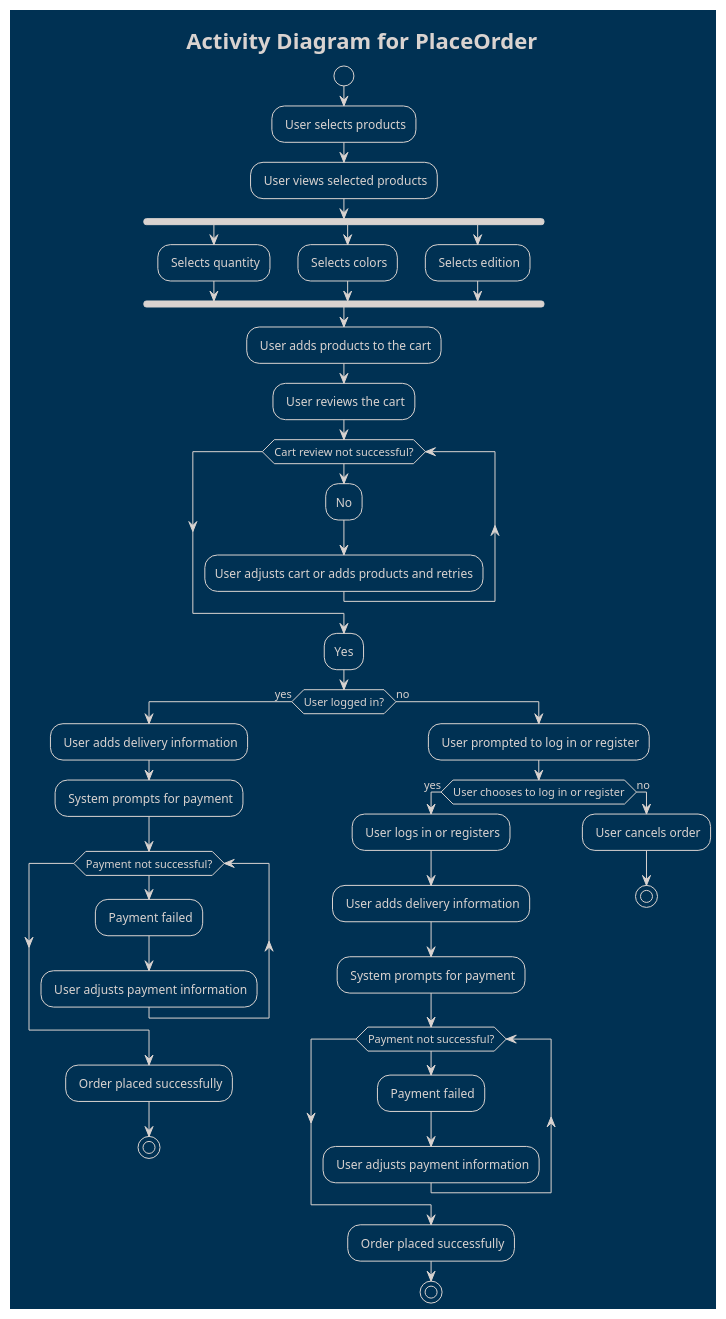
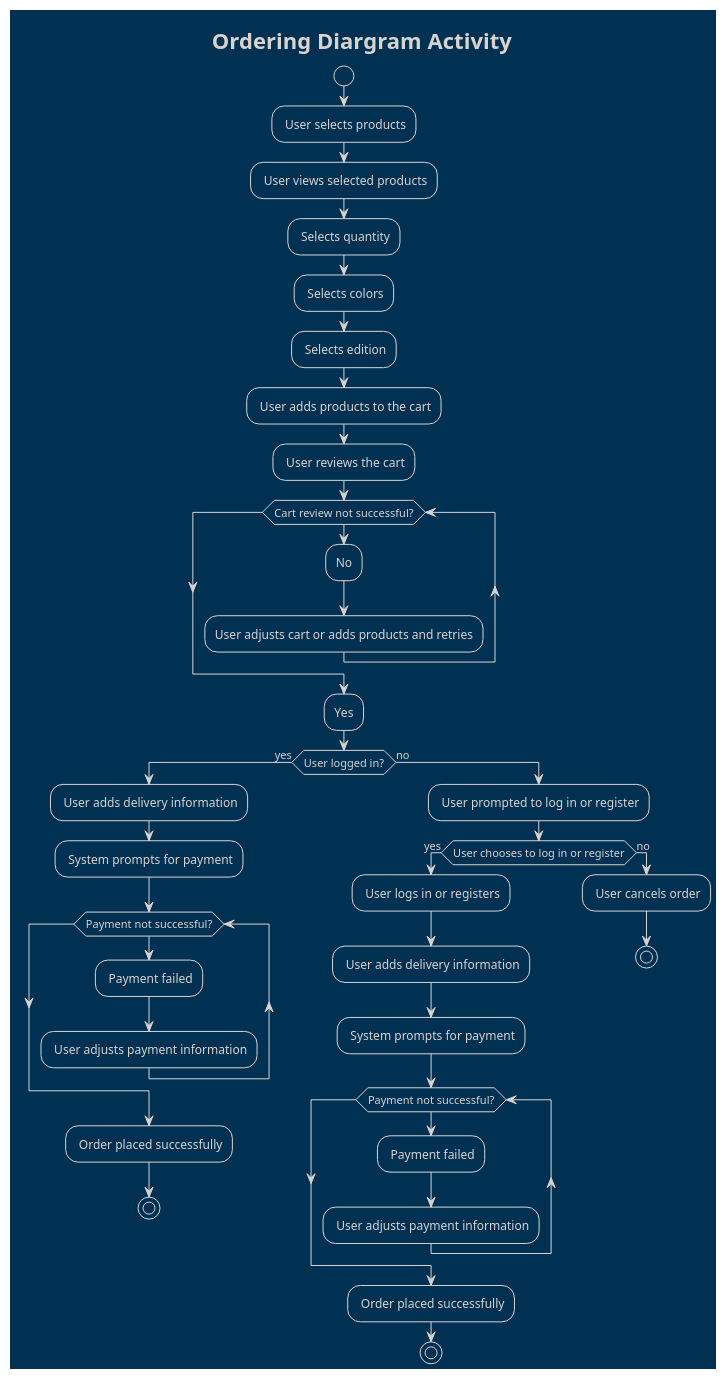
The diagram in diagram/activity/cart.wsd (Pixeloceax/HarmonyHeaven), drawn with PlantUML before and after one commit. The commit also changed 1 other file, not shown here.

Commit message:
activity digrams updates

```diff
--- a/diagram/activity/cart.wsd
+++ b/diagram/activity/cart.wsd
@@ -1,60 +1,57 @@
 @startuml
 !theme blueprint
-title Activity Diagram for PlaceOrder
+title Ordering Diargram Activity
 
 start
 : User selects products;
 : User views selected products;
 
-fork
   : Selects quantity;
-fork again
   : Selects colors;
-fork again
   : Selects edition;
-endfork
 
+  
 : User adds products to the cart;
 : User reviews the cart;
 
 while (Cart review not successful?)
   :No;
   :User adjusts cart or adds products and retries;
 endwhile
 :Yes;
 
 if (User logged in?) then (yes)
   : User adds delivery information;
   : System prompts for payment;
 
   while (Payment not successful?)
     : Payment failed;
     : User adjusts payment information;
   endwhile
 
   : Order placed successfully;
   stop
 
 else (no)
   : User prompted to log in or register;
 
   if (User chooses to log in or register) then (yes)
     : User logs in or registers;
     : User adds delivery information;
     : System prompts for payment;
 
     while (Payment not successful?)
       : Payment failed;
       : User adjusts payment information;
     endwhile
 
     : Order placed successfully;
     stop
 
   else (no)
     : User cancels order;
     stop
   endif
 endif
 
 @enduml
```
